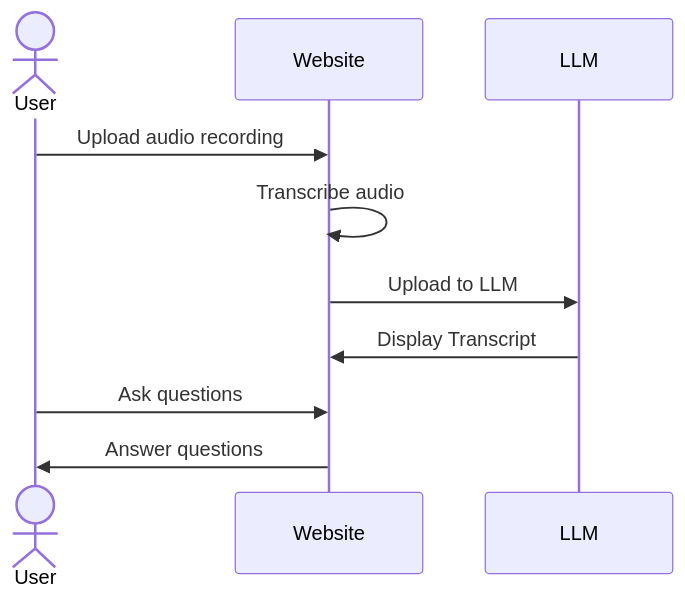
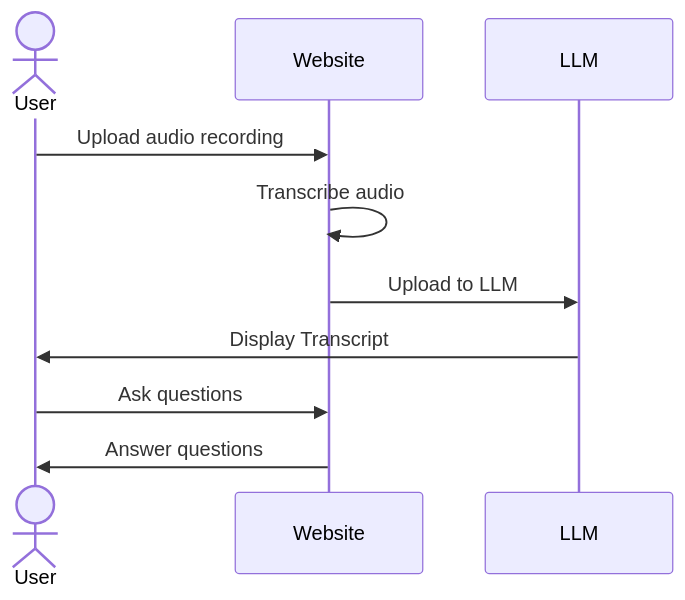
Before and after one commit to BiteSizedBeans/startup: the diagram in README.md, drawn with Mermaid.

````diff
--- a/README.md
+++ b/README.md
@@ -37,13 +37,13 @@
 ```mermaid
 sequenceDiagram
     actor User
     participant Website
     participant LLM
 
     User->>Website: Upload audio recording
     Website->>Website: Transcribe audio
     Website->>LLM: Upload to LLM
-    LLM->>Website: Display Transcript
+    LLM->>User: Display Transcript
     User->>Website: Ask questions
     Website->>User: Answer questions
 ```
````
